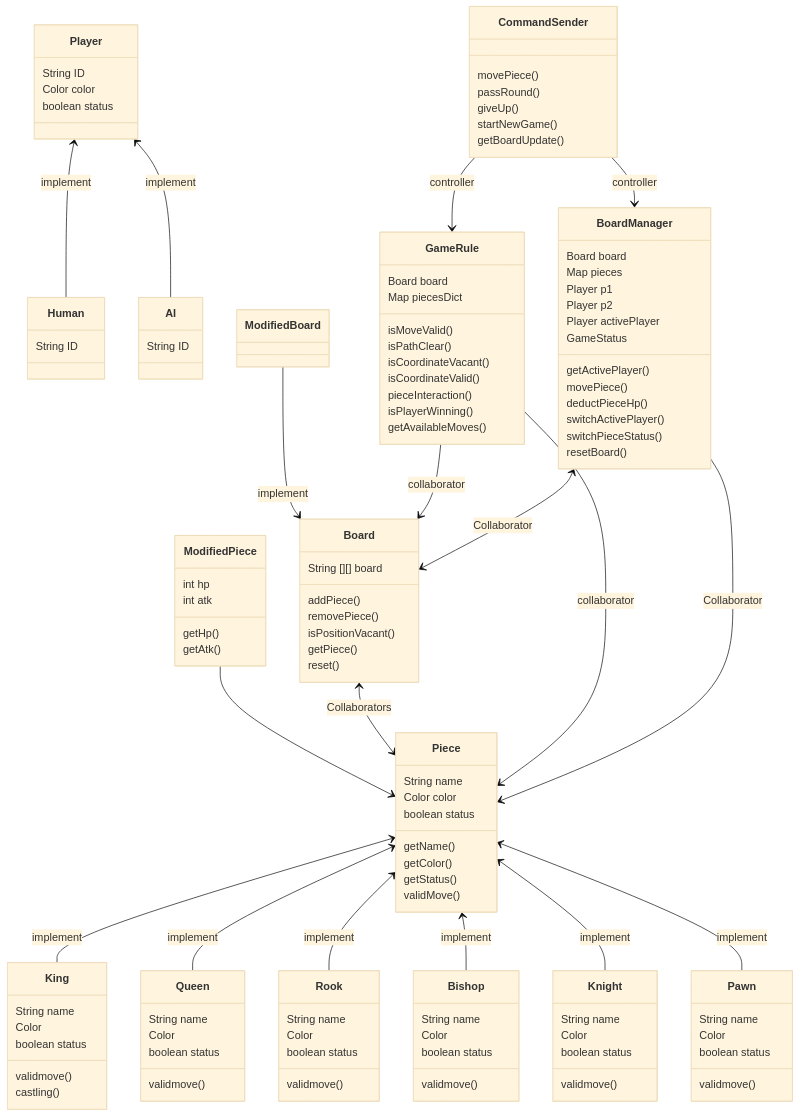
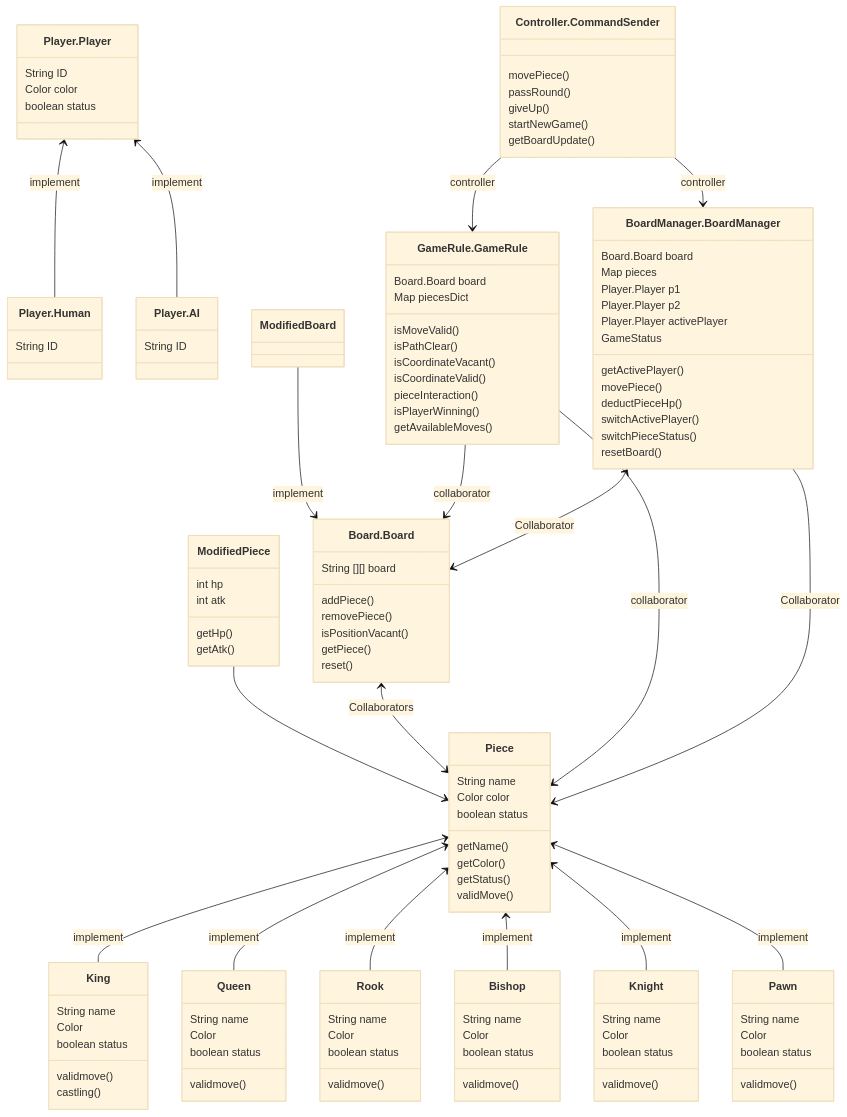
The diagram in phase1/Class Diagram.md (CSC207-UofT/course-project-dragon-squirrel), drawn with Mermaid (base theme) before and after one commit. The commit also changed 56 other files, not shown here.

````diff
--- a/phase1/Class Diagram.md
+++ b/phase1/Class Diagram.md
@@ -7,15 +7,15 @@
 ```mermaid
 classDiagram
-    Player <-- Human : implement
-    Player <-- AI : implement
+    Player.Player <-- Player.Human : implement
+    Player.Player <-- Player.AI : implement
     
-    Player : String ID
-    Player : Color color
-    Player : boolean status
+    Player.Player : String ID
+    Player.Player : Color color
+    Player.Player : boolean status
     
-    Human : String ID
+    Player.Human : String ID
     
-    AI : String ID
+    Player.AI : String ID
     
     
     Piece <-- King : implement
@@ -71,50 +71,50 @@
     ModifiedPiece : getAtk()
     
     
-    Board <--> Piece : Collaborators
-    Board : String [][] board
-    Board : addPiece()
-    Board : removePiece()
-    Board : isPositionVacant()
-    Board : getPiece()
-    Board : reset()
+    Board.Board <--> Piece : Collaborators
+    Board.Board : String [][] board
+    Board.Board : addPiece()
+    Board.Board : removePiece()
+    Board.Board : isPositionVacant()
+    Board.Board : getPiece()
+    Board.Board : reset()
     
-    ModifiedBoard --> Board : implement
+    ModifiedBoard --> Board.Board : implement
     
     
-    GameRule --> Piece : collaborator
-    GameRule --> Board : collaborator
-    GameRule : Board board
-    GameRule : Map<String, Piece> piecesDict 
-    GameRule : isMoveValid()
-    GameRule : isPathClear()
-    GameRule : isCoordinateVacant()
-    GameRule : isCoordinateValid()
-    GameRule : pieceInteraction()
-    GameRule : isPlayerWinning()
-    GameRule : getAvailableMoves()
+    GameRule.GameRule --> Piece : collaborator
+    GameRule.GameRule --> Board.Board : collaborator
+    GameRule.GameRule : Board.Board board
+    GameRule.GameRule : Map<String, Piece> piecesDict 
+    GameRule.GameRule : isMoveValid()
+    GameRule.GameRule : isPathClear()
+    GameRule.GameRule : isCoordinateVacant()
+    GameRule.GameRule : isCoordinateValid()
+    GameRule.GameRule : pieceInteraction()
+    GameRule.GameRule : isPlayerWinning()
+    GameRule.GameRule : getAvailableMoves()
     
-    BoardManager --> Piece : Collaborator
-    BoardManager <--> Board : Collaborator
-    BoardManager : Board board
-    BoardManager : Map<String, Piece> pieces
-    BoardManager : Player p1
-    BoardManager : Player p2
-    BoardManager : Player activePlayer
-    BoardManager : GameStatus
-    BoardManager : getActivePlayer()
-    BoardManager : movePiece()
-    BoardManager : deductPieceHp()
-    BoardManager : switchActivePlayer()
-    BoardManager : switchPieceStatus()
-    BoardManager : resetBoard()
+    BoardManager.BoardManager --> Piece : Collaborator
+    BoardManager.BoardManager <--> Board.Board : Collaborator
+    BoardManager.BoardManager : Board.Board board
+    BoardManager.BoardManager : Map<String, Piece> pieces
+    BoardManager.BoardManager : Player.Player p1
+    BoardManager.BoardManager : Player.Player p2
+    BoardManager.BoardManager : Player.Player activePlayer
+    BoardManager.BoardManager : GameStatus
+    BoardManager.BoardManager : getActivePlayer()
+    BoardManager.BoardManager : movePiece()
+    BoardManager.BoardManager : deductPieceHp()
+    BoardManager.BoardManager : switchActivePlayer()
+    BoardManager.BoardManager : switchPieceStatus()
+    BoardManager.BoardManager : resetBoard()
     
     
-    CommandSender --> BoardManager : controller
-    CommandSender --> GameRule : controller
-    CommandSender : movePiece()
-    CommandSender : passRound()
-    CommandSender : giveUp()
-    CommandSender : startNewGame()
-    CommandSender : getBoardUpdate()
+    Controller.CommandSender --> BoardManager.BoardManager : controller
+    Controller.CommandSender --> GameRule.GameRule : controller
+    Controller.CommandSender : movePiece()
+    Controller.CommandSender : passRound()
+    Controller.CommandSender : giveUp()
+    Controller.CommandSender : startNewGame()
+    Controller.CommandSender : getBoardUpdate()
 ```
````
